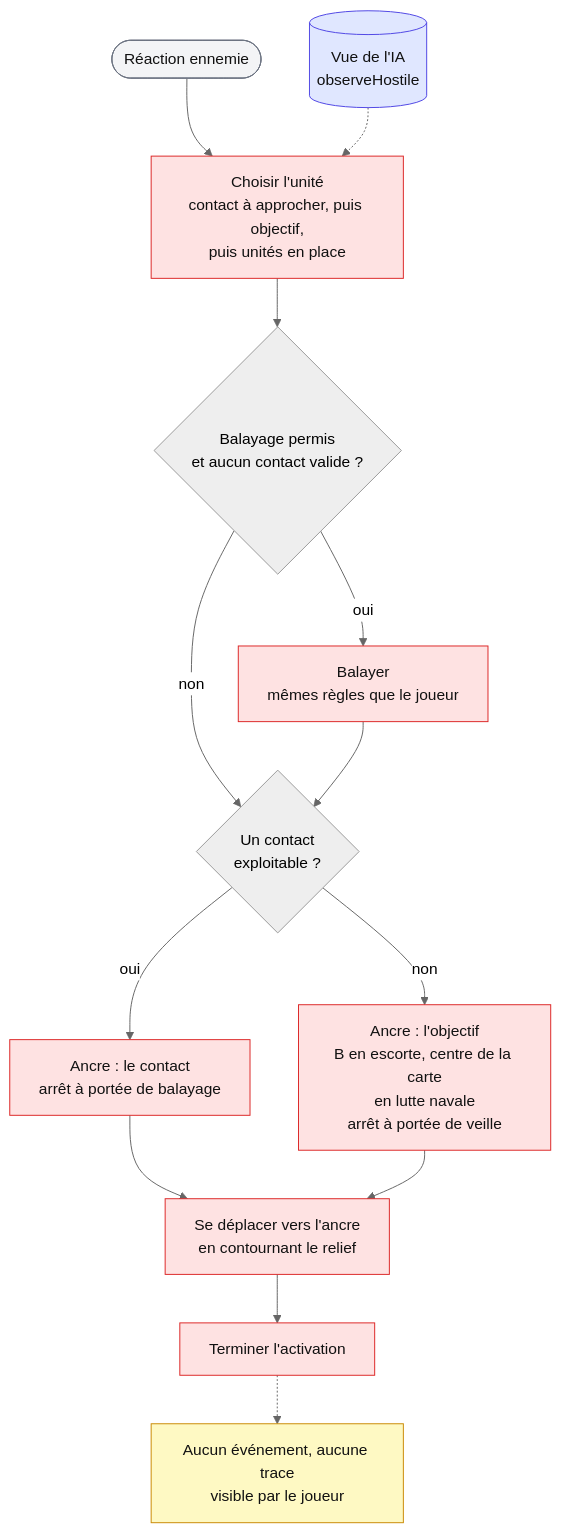
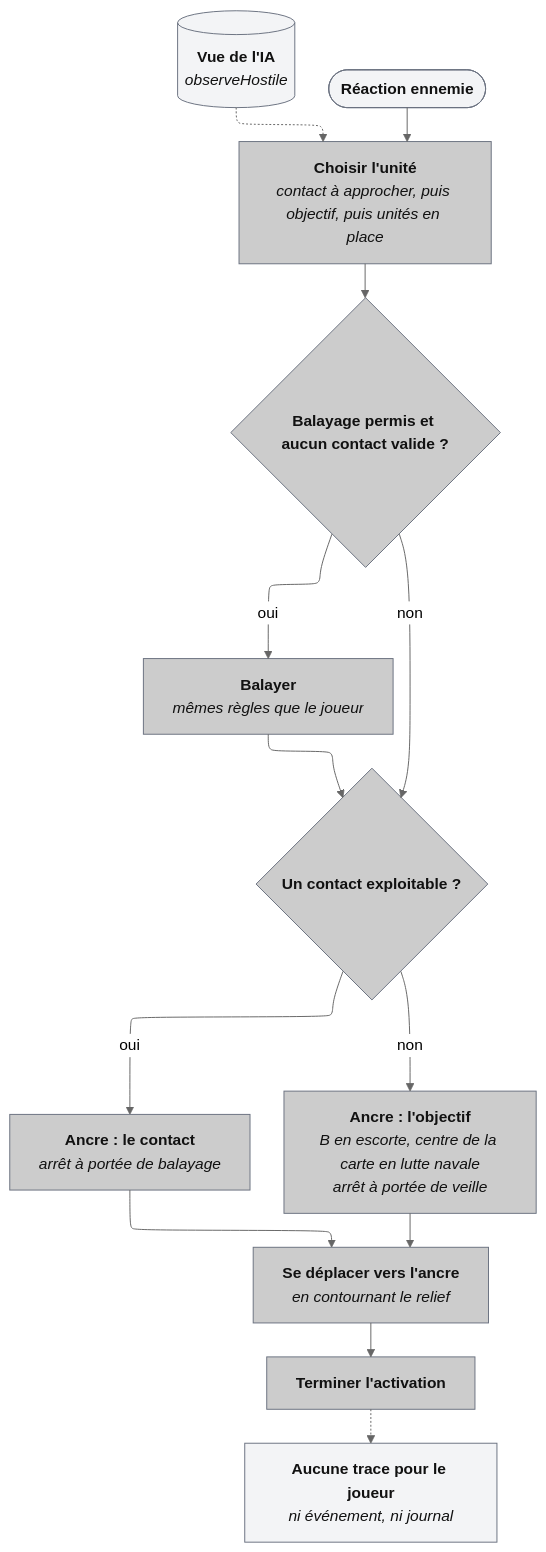
Before and after one commit to peangoulvant/Tacticoop: the diagram in docs/diagrams/05-ia.md, drawn with Mermaid (neutral theme). The commit also changed 8 other files, not shown here.

First line of the commit message:
Diagrammes : style gris uni, libellés nom en gras et explication en italique, disposition ELK (d'après 01-architecture)

````diff
--- a/docs/diagrams/05-ia.md
+++ b/docs/diagrams/05-ia.md
@@ -5,23 +5,25 @@
 ```mermaid
+---
+config:
+  layout: elk
+---
 flowchart TB
-    vue[("Vue de l'IA<br/>observeHostile")]:::vue
-    debut(["Réaction ennemie"]):::etape --> choix["Choisir l'unité<br/>contact à approcher, puis objectif,<br/>puis unités en place"]:::ia
+    vue[("`**Vue de l'IA**<br>*observeHostile*`")]:::ext
+    debut(["`**Réaction ennemie**`"]):::ext --> choix["`**Choisir l'unité**<br>*contact à approcher, puis objectif, puis unités en place*`"]:::ui
     vue -.-> choix
-    choix --> balayer{"Balayage permis<br/>et aucun contact valide ?"}
-    balayer -->|"oui"| balayage["Balayer<br/>mêmes règles que le joueur"]:::ia
+    choix --> balayer{"`**Balayage permis et aucun contact valide ?**`"}:::ui
+    balayer -->|"oui"| balayage["`**Balayer**<br>*mêmes règles que le joueur*`"]:::ui
     balayer -->|"non"| intention
-    balayage --> intention{"Un contact<br/>exploitable ?"}
-    intention -->|"oui"| contact["Ancre : le contact<br/>arrêt à portée de balayage"]:::ia
-    intention -->|"non"| objectif["Ancre : l'objectif<br/>B en escorte, centre de la carte<br/>en lutte navale<br/>arrêt à portée de veille"]:::ia
+    balayage --> intention{"`**Un contact exploitable ?**`"}:::ui
+    intention -->|"oui"| contact["`**Ancre : le contact**<br>*arrêt à portée de balayage*`"]:::ui
+    intention -->|"non"| objectif["`**Ancre : l'objectif**<br>*B en escorte, centre de la carte en lutte navale<br>arrêt à portée de veille*`"]:::ui
     contact --> aller
-    objectif --> aller["Se déplacer vers l'ancre<br/>en contournant le relief"]:::ia
-    aller --> fin["Terminer l'activation"]:::ia
+    objectif --> aller["`**Se déplacer vers l'ancre**<br>*en contournant le relief*`"]:::ui
+    aller --> fin["`**Terminer l'activation**`"]:::ui
 
-    note["Aucun événement, aucune trace<br/>visible par le joueur"]:::note
+    note["`**Aucune trace pour le joueur**<br>*ni événement, ni journal*`"]:::ext
     fin -.-> note
 
-    classDef etape fill:#f3f4f6,stroke:#6b7280,color:#111
-    classDef ia fill:#fee2e2,stroke:#dc2626,color:#111
-    classDef vue fill:#e0e7ff,stroke:#4f46e5,color:#111
-    classDef note fill:#fef9c3,stroke:#ca8a04,color:#111
+    classDef ui fill:#cccccc,stroke:#6b7280,color:#111
+    classDef ext fill:#f3f4f6,stroke:#6b7280,color:#111
 ```
````
